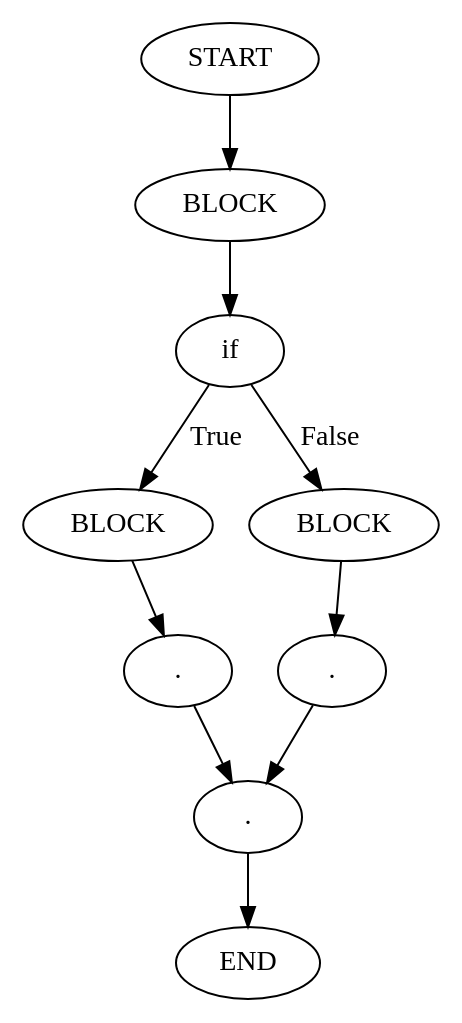
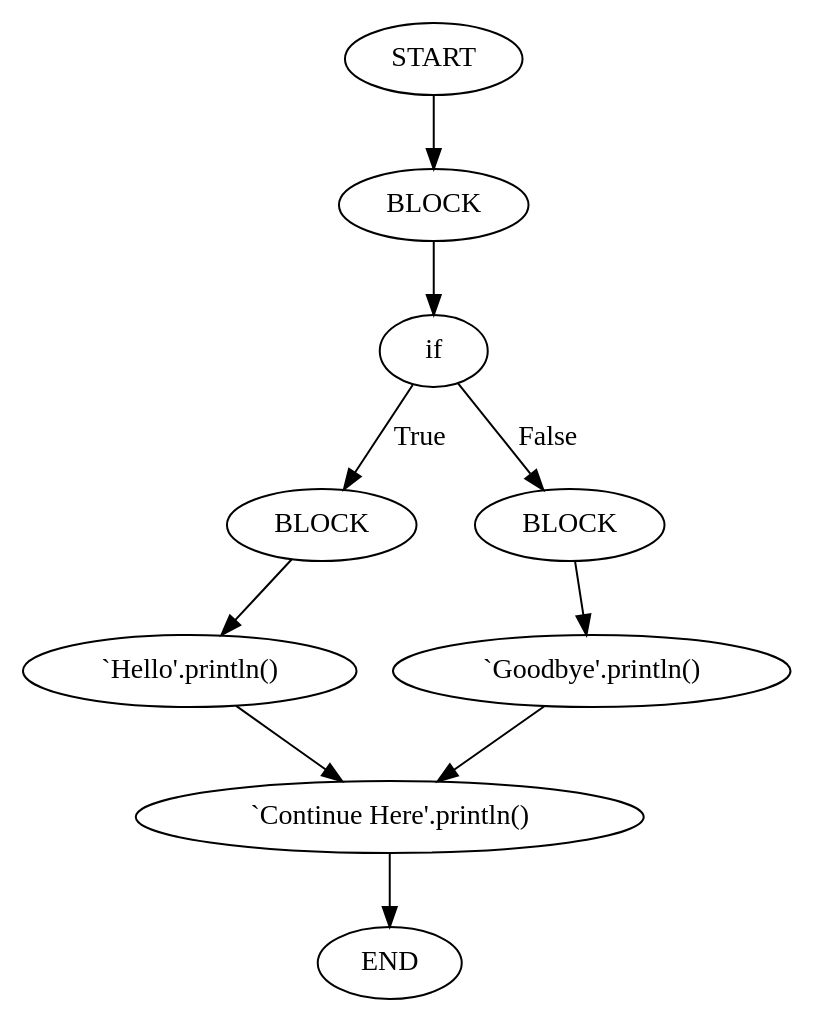
The diagram in figures/statements/ifelse_CFG.dot (thomasw234/tww503_pwe), drawn with Graphviz before and after one commit. The commit also changed 42 other files, not shown here.

```diff
--- a/figures/statements/ifelse_CFG.dot
+++ b/figures/statements/ifelse_CFG.dot
@@ -1,29 +1,29 @@
 digraph testGraph {
 2[label=" START"]
 5[label="BLOCK"]
 2 -> 5[color=black]
 5[label=" BLOCK"]
 6[label="if"]
 5 -> 6[color=black]
 6[label=" if"]
 7[label="BLOCK"]
 6 -> 7[label="True",color=black]
 8[label="BLOCK"]
 6 -> 8[label="False",color=black]
 7[label=" BLOCK"]
-9[label="."]
+9[label="`Hello'.println()"]
 7 -> 9[color=black]
 8[label=" BLOCK"]
-13[label="."]
+13[label="`Goodbye'.println()"]
 8 -> 13[color=black]
-9[label=" ."]
-19[label="."]
+9[label="`Hello'.println()"]
+19[label="`Continue Here'.println()"]
 9 -> 19[color=black]
-13[label=" ."]
-19[label="."]
+13[label="`Goodbye'.println()"]
+19[label="`Continue Here'.println()"]
 13 -> 19[color=black]
-19[label=" ."]
+19[label="`Continue Here'.println()"]
 3[label="END"]
 19 -> 3[color=black]
 3[label=" END"]
 }
```
